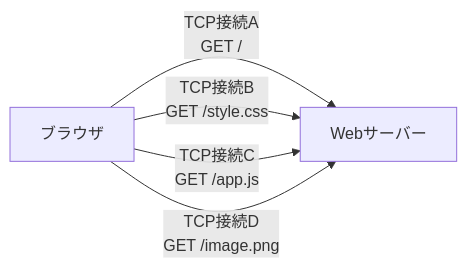
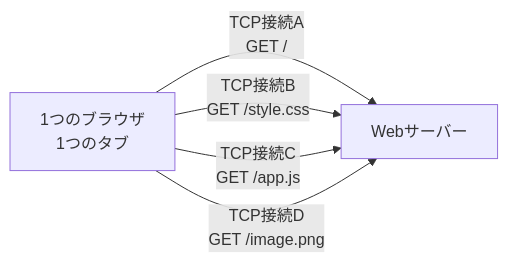
Before and after one commit to mgmaru/go-http-security-lab: diagram 12 of 57 in docs/reference/http1.1-vs-http2-streams.md, drawn with Mermaid. The commit also changed other lines of this file, not shown here.

````diff
--- a/docs/reference/http1.1-vs-http2-streams.md
+++ b/docs/reference/http1.1-vs-http2-streams.md
@@ -402,10 +405,10 @@
 ```mermaid
 flowchart LR
-    Browser["ブラウザ"]
+    Browser["1つのブラウザ<br/>1つのタブ"]
     Server["Webサーバー"]
 
     Browser -->|"TCP接続A<br/>GET /"| Server
     Browser -->|"TCP接続B<br/>GET /style.css"| Server
     Browser -->|"TCP接続C<br/>GET /app.js"| Server
     Browser -->|"TCP接続D<br/>GET /image.png"| Server
 ```
````
